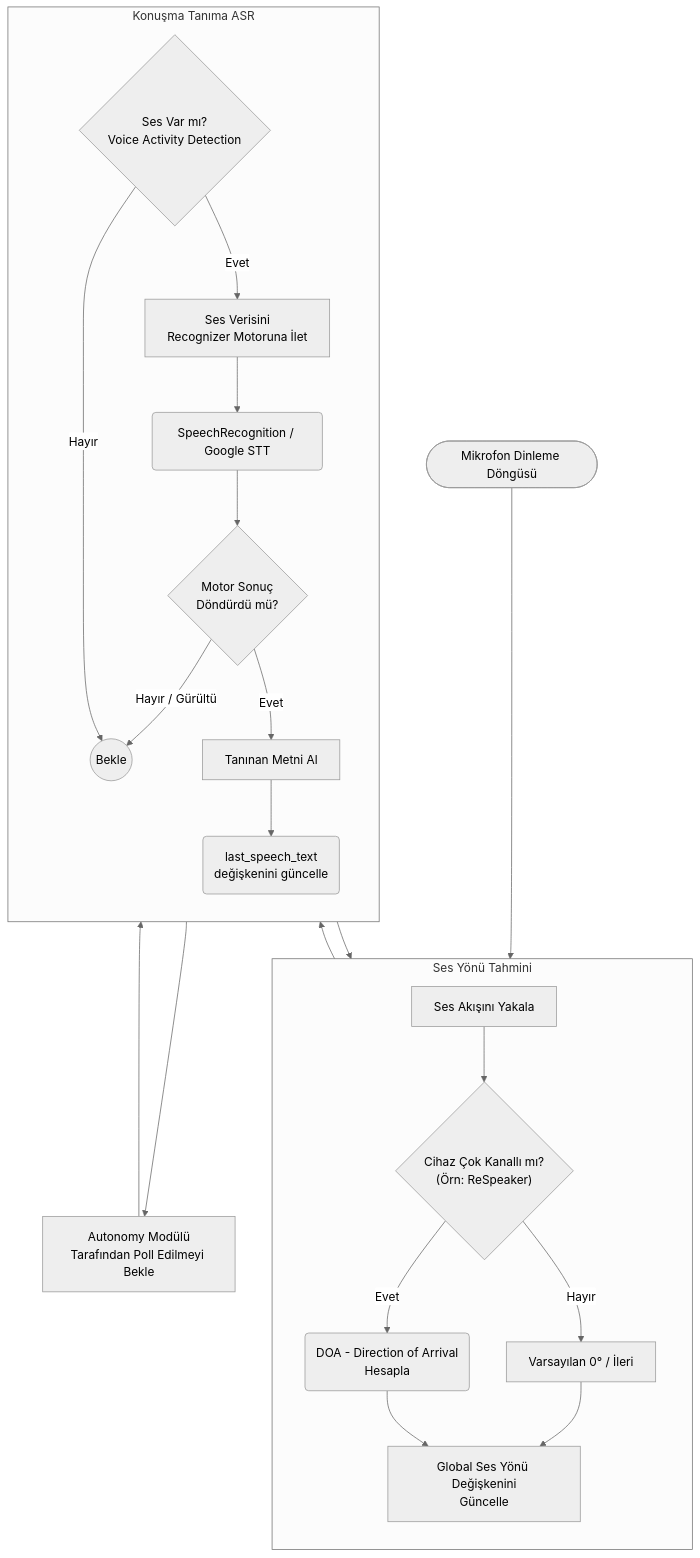
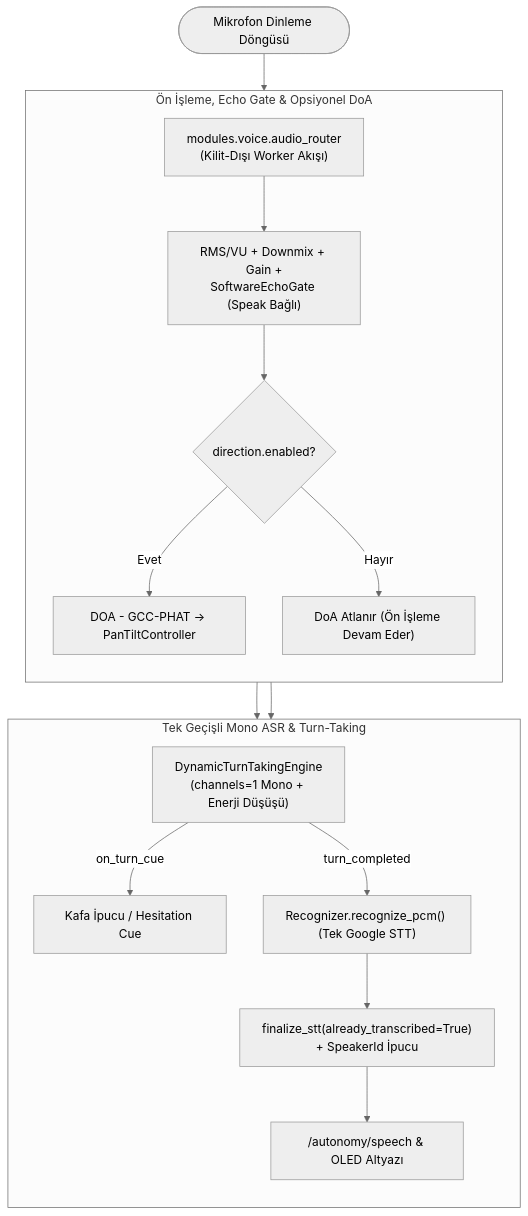
Before and after one commit to WhoIsMrSentry/SentryBOT: the first of 2 diagrams in modules/voice/speech/architecture_speech.md, drawn with Mermaid (neutral theme).

Commit message:
docs(voice): sync speech/architecture_speech.md with updated implementation

````diff
--- a/modules/voice/speech/architecture_speech.md
+++ b/modules/voice/speech/architecture_speech.md
@@ -7,36 +7,25 @@
 ```mermaid
 flowchart TD
     %% Ana Giriş
-    START([Mikrofon Dinleme Döngüsü]) --> CAPTURE_AUDIO[Ses Akışını Yakala]
+    START([Mikrofon Dinleme Döngüsü]) --> CAPTURE_AUDIO["modules.voice.audio_router<br>(Kilit-Dışı Worker Akışı)"]
     
-    %% Ses Yönü Bulma
-    subgraph Direction_Calculation [Ses Yönü Tahmini]
+    %% Ön İşleme ve Ses Yönü
+    subgraph Conditioning [Ön İşleme, Echo Gate & Opsiyonel DoA]
         direction TB
-        CAPTURE_AUDIO --> CHK_DIR_SUPPORT{"Cihaz Çok Kanallı mı? <br> (Örn: ReSpeaker)"}
-        CHK_DIR_SUPPORT -- Evet --> CALC_DOA(DOA - Direction of Arrival <br> Hesapla)
-        CHK_DIR_SUPPORT -- Hayır --> SKIP_DIR[Varsayılan 0° / İleri]
-        
-        CALC_DOA --> SET_DIR_VAR[Global Ses Yönü Değişkenini<br>Güncelle]
-        SKIP_DIR --> SET_DIR_VAR
+        CAPTURE_AUDIO --> PRE["RMS/VU + Downmix + Gain +<br>SoftwareEchoGate (Speak Bağlı)"]
+        PRE --> CHK_DIR_SUPPORT{"direction.enabled?"}
+        CHK_DIR_SUPPORT -- Evet --> CALC_DOA["DOA - GCC-PHAT -> PanTiltController"]
+        CHK_DIR_SUPPORT -- Hayır --> SKIP_DIR["DoA Atlanır (Ön İşleme Devam Eder)"]
     end
     
     %% Konuşma Tanıma
-    subgraph Speech_Recognition [Konuşma Tanıma ASR]
+    subgraph Speech_Recognition [Tek Geçişli Mono ASR & Turn-Taking]
         direction TB
-        SET_DIR_VAR --> VAD_CHK{"Ses Var mı? <br> Voice Activity Detection"}
-        
-        VAD_CHK -- Hayır --> SESSİZLIK((Bekle)) --> CAPTURE_AUDIO
-        VAD_CHK -- Evet --> SEND_ASR[Ses Verisini <br> Recognizer Motoruna İlet]
-        
-        SEND_ASR --> RECOGNIZER_ENGINE(SpeechRecognition / Google STT)
-        
-        RECOGNIZER_ENGINE --> PARSE_RES{"Motor Sonuç <br> Döndürdü mü?"}
-        PARSE_RES -- Hayır / Gürültü --> SESSİZLIK
-        PARSE_RES -- Evet --> EXTRACT_TEXT[Tanınan Metni Al]
-        
-        EXTRACT_TEXT --> SET_LAST_SPEECH(last_speech_text <br>değişkenini güncelle)
+        CALC_DOA --> TT["DynamicTurnTakingEngine<br>(channels=1 Mono + Enerji Düşüşü)"]
+        SKIP_DIR --> TT
+        TT -- "on_turn_cue" --> CUE_HEAD["Kafa İpucu / Hesitation Cue"]
+        TT -- "turn_completed" --> SEND_ASR["Recognizer.recognize_pcm() (Tek Google STT)"]
+        SEND_ASR --> FIN["finalize_stt(already_transcribed=True)<br>+ SpeakerId İpucu"]
+        FIN --> AUTONOMY["/autonomy/speech & OLED Altyazı"]
     end
-    
-    SET_LAST_SPEECH --> AUTONOMY_PULL[Autonomy Modülü<br>Tarafından Poll Edilmeyi Bekle]
-    AUTONOMY_PULL --> SESSİZLIK
 ```
````
